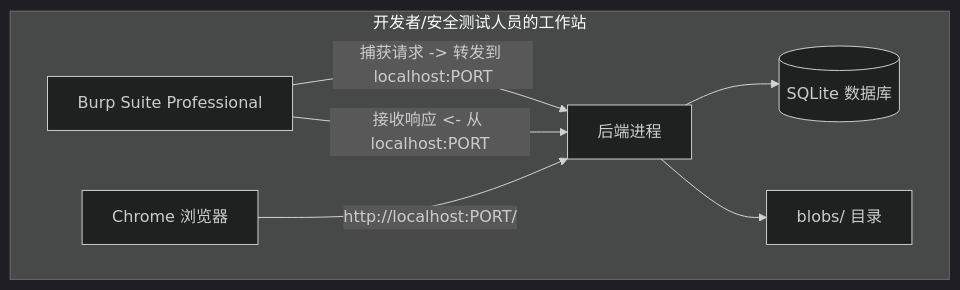
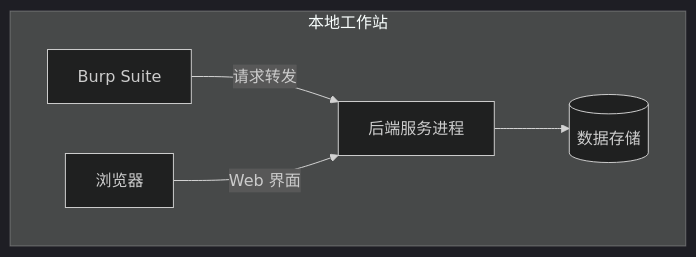
One commit to GitHubNull/repeaterManger changed the second of 6 diagrams in doc/分离式架构_PRD.md. Above: the diagram before and after it, drawn with Mermaid (dark theme). The commit also changed other lines of this file and 13 other files, not shown here.

````diff
--- a/doc/分离式架构_PRD.md
+++ b/doc/分离式架构_PRD.md
@@ -150,16 +136,13 @@
 ```mermaid
 graph TB
-    subgraph "开发者/安全测试人员的工作站"
-        BURP["Burp Suite Professional"]
-        CHROME["Chrome 浏览器"]
-        BACKEND["后端进程"]
-        DB[(SQLite 数据库)]
-        BLOBS["blobs/ 目录"]
+    subgraph "本地工作站"
+        BURP["Burp Suite"]
+        BROWSER["浏览器"]
+        BACKEND["后端服务进程"]
+        STORAGE[("数据存储")]
     end
 
-    BURP -->|"捕获请求 -> 转发到 localhost:PORT"| BACKEND
-    BURP -->|"接收响应 <- 从 localhost:PORT"| BACKEND
-    CHROME -->|"http://localhost:PORT/"| BACKEND
-    BACKEND --> DB
-    BACKEND --> BLOBS
+    BURP -->|"请求转发"| BACKEND
+    BROWSER -->|"Web 界面"| BACKEND
+    BACKEND --> STORAGE
 ```
````
